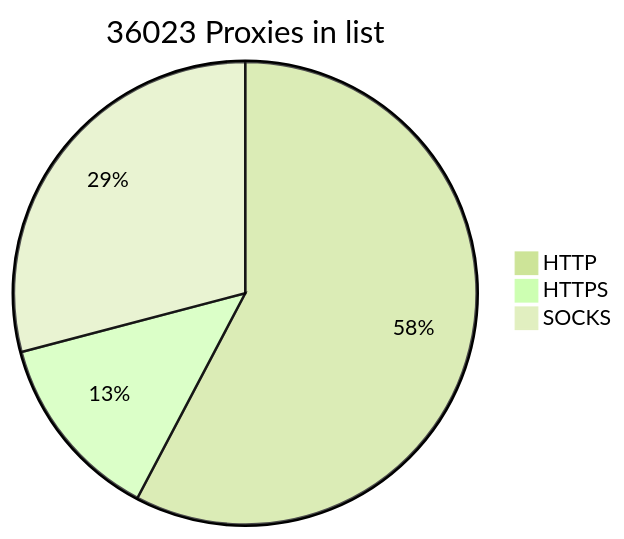
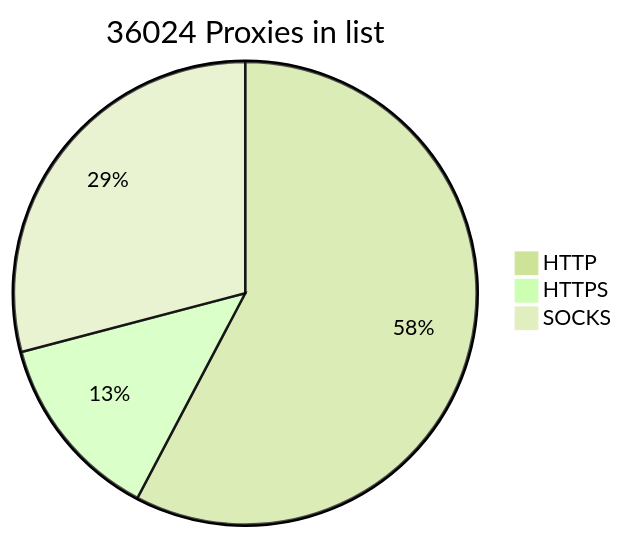
One commit to BlackSnowDot/proxylist-update-every-minute changed the diagram in README.md. Above: the diagram before and after it, drawn with Mermaid (forest theme).

````diff
--- a/README.md
+++ b/README.md
@@ -2,6 +2,6 @@
 ```mermaid
-pie title 36023 Proxies in list
+pie title 36024 Proxies in list
     "HTTP" : 23099
     "HTTPS": 5283
-    "SOCKS" : 11641
+    "SOCKS" : 11642
 ```
````
